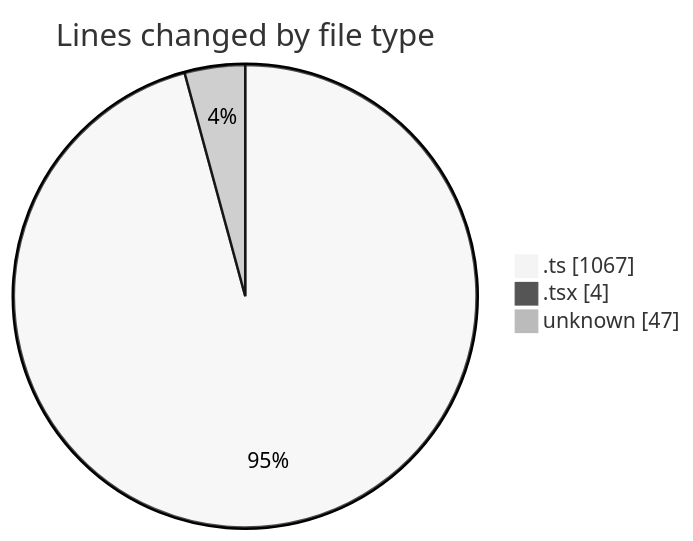
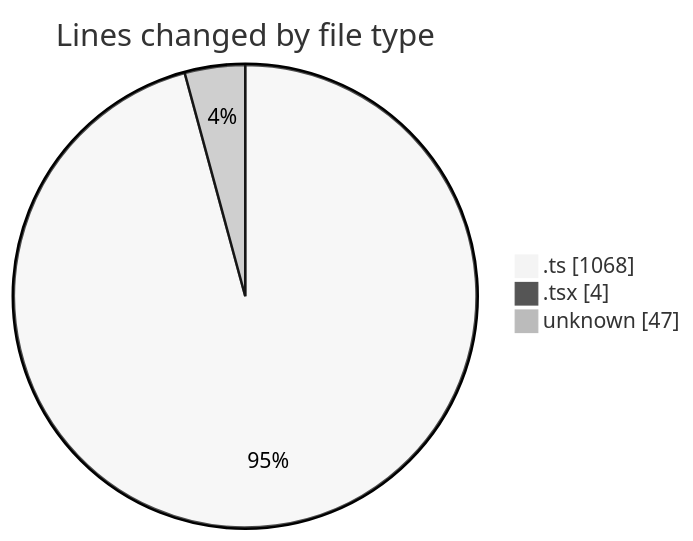
Before and after one commit to momahboobian/code-tracking: the first of 2 diagrams in 2025-09-11/cda/README.md, drawn with Mermaid (neutral theme). The commit also changed other lines of this file and 1 other file, not shown here.

````diff
--- a/2025-09-11/cda/README.md
+++ b/2025-09-11/cda/README.md
@@ -25,7 +25,7 @@
 ```mermaid
 pie showData
 title Lines changed by file type
-".ts" : 1067
+".ts" : 1068
 ".tsx" : 4
 "unknown" : 47
 ```
````
